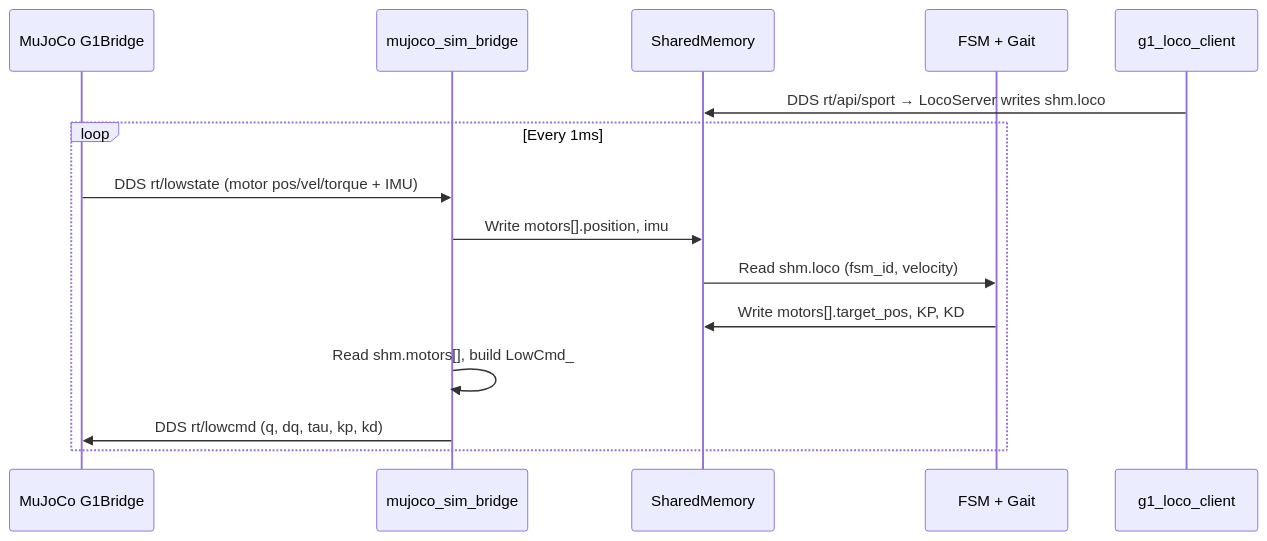
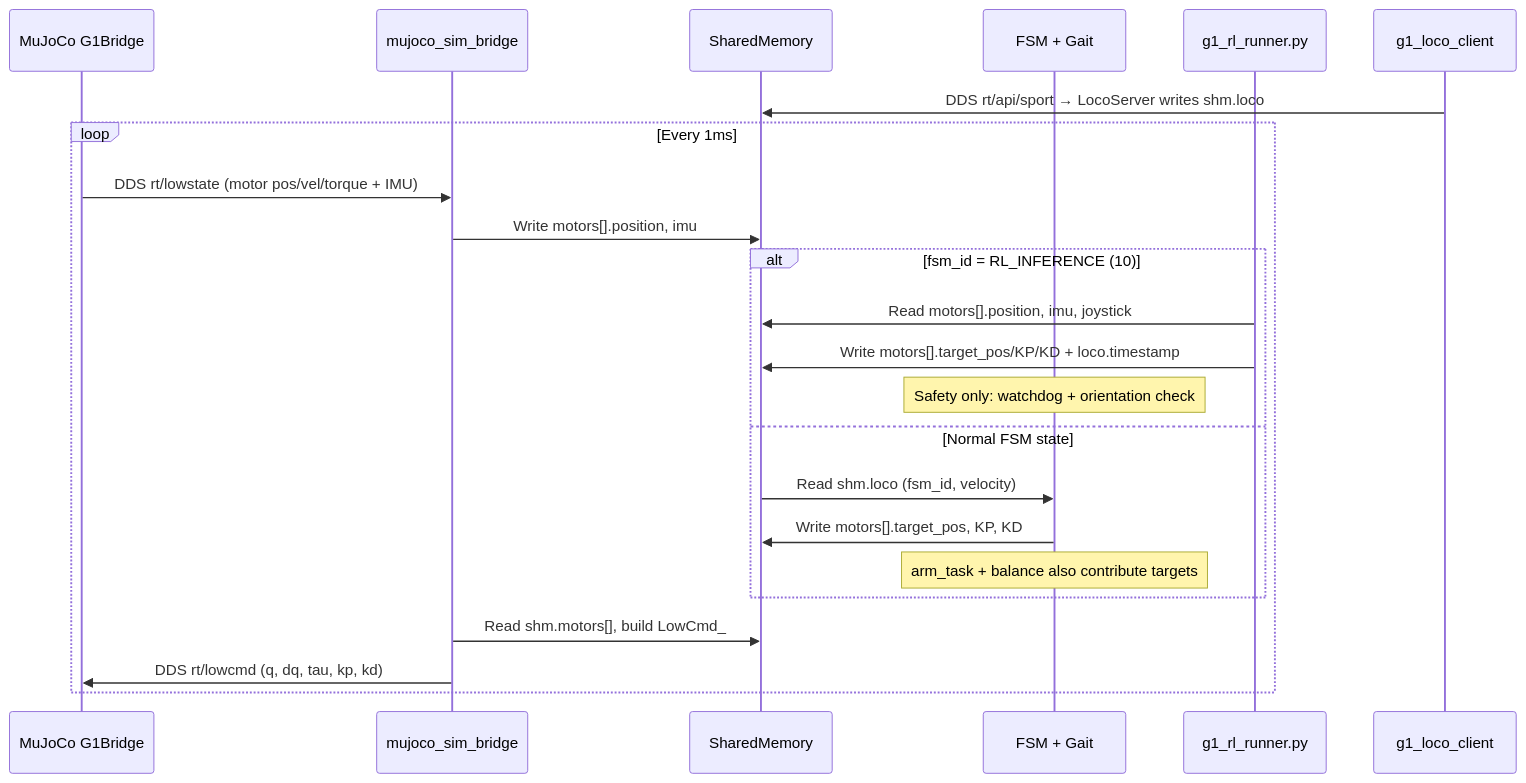
The fifth of 5 diagrams in Mujoco Simulation.md (yctan70/hello-world), drawn with Mermaid before and after one commit. The commit also changed other lines of this file, not shown here.

````diff
--- a/Mujoco Simulation.md
+++ b/Mujoco Simulation.md
@@ -152,19 +182,29 @@
 ```mermaid
 sequenceDiagram
     participant MuJoCo as MuJoCo G1Bridge
     participant Bridge as mujoco_sim_bridge
     participant SHM as SharedMemory
     participant FSM as FSM + Gait
+    participant RL as g1_rl_runner.py
     participant Client as g1_loco_client
 
     Client->>SHM: DDS rt/api/sport → LocoServer writes shm.loco
 
     loop Every 1ms
         MuJoCo->>Bridge: DDS rt/lowstate (motor pos/vel/torque + IMU)
         Bridge->>SHM: Write motors[].position, imu
-        SHM->>FSM: Read shm.loco (fsm_id, velocity)
-        FSM->>SHM: Write motors[].target_pos, KP, KD
-        Bridge->>Bridge: Read shm.motors[], build LowCmd_
+
+        alt fsm_id = RL_INFERENCE (10)
+            RL->>SHM: Read motors[].position, imu, joystick
+            RL->>SHM: Write motors[].target_pos/KP/KD + loco.timestamp
+            Note over FSM: Safety only: watchdog + orientation check
+        else Normal FSM state
+            SHM->>FSM: Read shm.loco (fsm_id, velocity)
+            FSM->>SHM: Write motors[].target_pos, KP, KD
+            Note over FSM: arm_task + balance also contribute targets
+        end
+
+        Bridge->>SHM: Read shm.motors[], build LowCmd_
         Bridge->>MuJoCo: DDS rt/lowcmd (q, dq, tau, kp, kd)
     end
 ```
````
